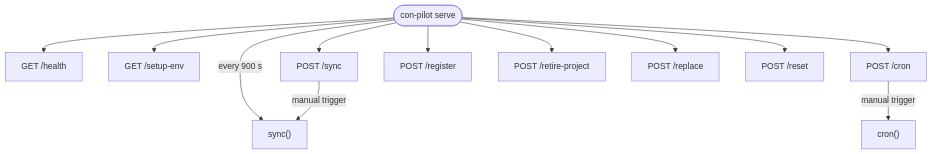
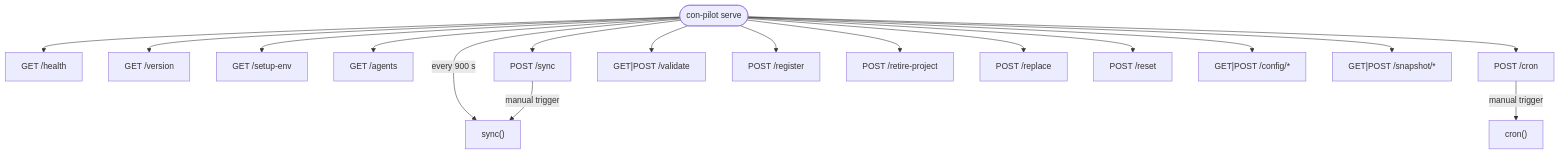
Before and after one commit to oliben67/copilot-conductor: the third of 6 diagrams in src/python/con-pilot/README.md, drawn with Mermaid. The commit also changed other lines of this file and 1 other file, not shown here.

````diff
--- a/src/python/con-pilot/README.md
+++ b/src/python/con-pilot/README.md
@@ -129,15 +128,20 @@
 ```mermaid
 flowchart TD
     SV(["con-pilot serve"])
     SV -->|"every 900 s"| S["sync()"]
     SV --> H["GET /health"]
+    SV --> VER["GET /version"]
     SV --> SE["GET /setup-env"]
+    SV --> AG["GET /agents"]
     SV --> MS["POST /sync"]
     SV --> MC["POST /cron"]
+    SV --> VAL["GET|POST /validate"]
     SV --> REG["POST /register"]
     SV --> RET["POST /retire-project"]
     SV --> REP["POST /replace"]
     SV --> RST["POST /reset"]
+    SV --> CFG["GET|POST /config/*"]
+    SV --> SNP["GET|POST /snapshot/*"]
     MS -->|manual trigger| S
     MC -->|manual trigger| C["cron()"]
 ```
````
